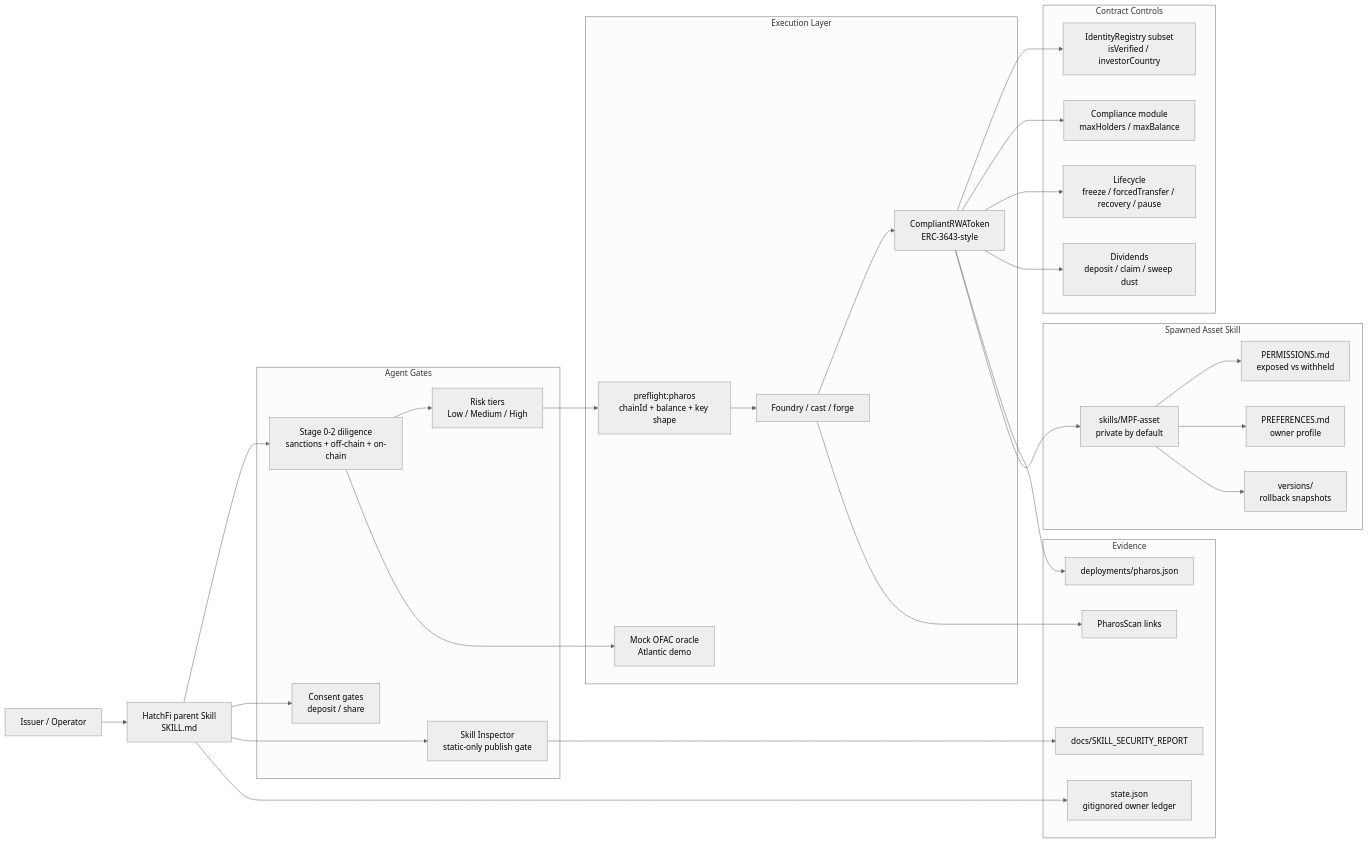
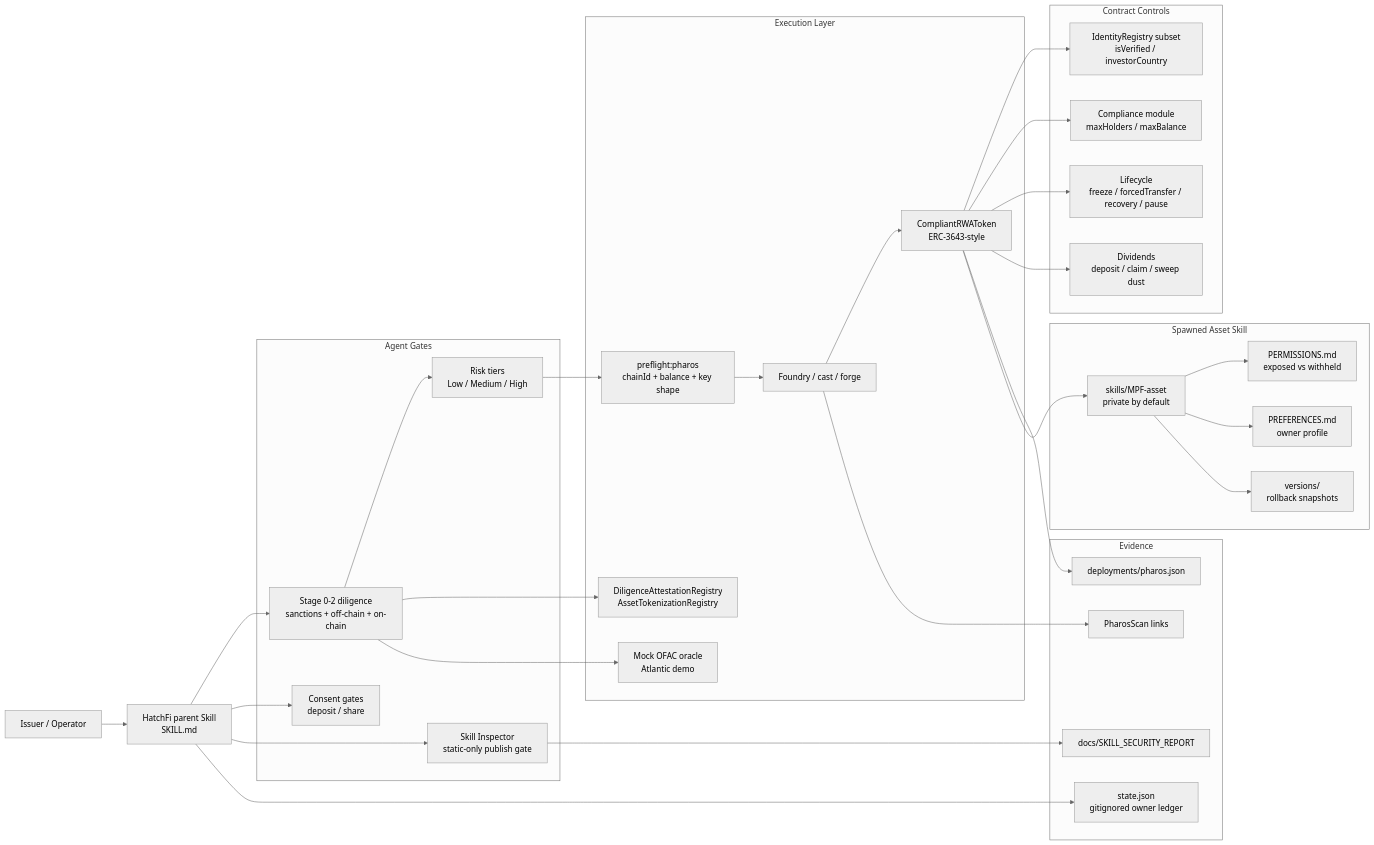
One commit to rachelzzz1921/hatchfi-pharos-skill changed the diagram in docs/ARCHITECTURE.md. Above: the diagram before and after it, drawn with Mermaid (neutral theme). The commit also changed other lines of this file and 54 other files, not shown here.

````diff
--- a/docs/ARCHITECTURE.md
+++ b/docs/ARCHITECTURE.md
@@ -7,56 +7,58 @@
 ```mermaid
 flowchart LR
     U[Issuer / Operator] --> A[HatchFi parent Skill<br/>SKILL.md]
 
     subgraph G[Agent Gates]
       D[Stage 0-2 diligence<br/>sanctions + off-chain + on-chain]
       R[Risk tiers<br/>Low / Medium / High]
       C[Consent gates<br/>deposit / share]
       I[Skill Inspector<br/>static-only publish gate]
     end
 
     subgraph E[Execution Layer]
       P[preflight:pharos<br/>chainId + balance + key shape]
       X[Foundry / cast / forge]
       T[CompliantRWAToken<br/>ERC-3643-style]
       O[Mock OFAC oracle<br/>Atlantic demo]
+      AT[DiligenceAttestationRegistry<br/>AssetTokenizationRegistry]
     end
 
     subgraph K[Contract Controls]
       ID[IdentityRegistry subset<br/>isVerified / investorCountry]
       CO[Compliance module<br/>maxHolders / maxBalance]
       LC[Lifecycle<br/>freeze / forcedTransfer / recovery / pause]
       DV[Dividends<br/>deposit / claim / sweep dust]
     end
 
     subgraph S[Spawned Asset Skill]
       MPF[skills/MPF-asset<br/>private by default]
       PM[PERMISSIONS.md<br/>exposed vs withheld]
       PR[PREFERENCES.md<br/>owner profile]
       VR[versions/<timestamp><br/>rollback snapshots]
     end
 
     subgraph V[Evidence]
       J[deployments/pharos.json]
       H[state.json<br/>gitignored owner ledger]
       Q[docs/SKILL_SECURITY_REPORT]
       L[PharosScan links]
     end
 
     A --> D --> R --> P --> X --> T
+    D --> AT
     A --> C
     A --> I
     T --> ID
     T --> CO
     T --> LC
     T --> DV
     D --> O
     T --> J
     X --> L
     A --> H
     I --> Q
     T --> MPF
     MPF --> PM
     MPF --> PR
     MPF --> VR
 ```
````
